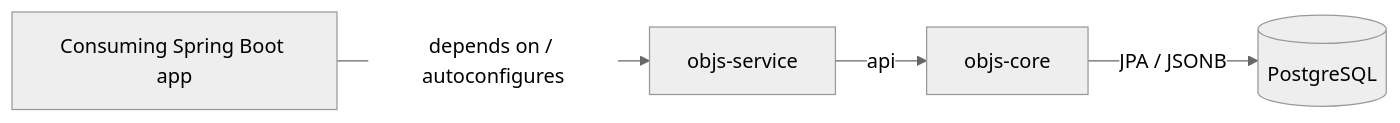
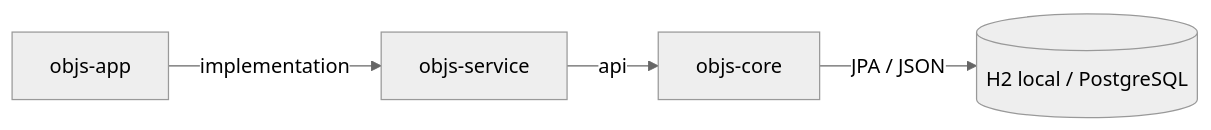
The diagram in docs/design/platform/overview.md (qpointz/objs), drawn with Mermaid (neutral theme) before and after one commit. The commit also changed other lines of this file and 11 other files, not shown here.

First line of the commit message:
[feat] Add objs-app runnable assembly module

````diff
--- a/docs/design/platform/overview.md
+++ b/docs/design/platform/overview.md
@@ -37,9 +37,9 @@
 ```mermaid
 flowchart LR
-  consumer[Consuming Spring Boot app]
+  app[objs-app]
   service[objs-service]
   core[objs-core]
-  consumer -->|"depends on / autoconfigures"| service
+  app -->|implementation| service
   service -->|api| core
-  core -->|JPA / JSONB| db[(PostgreSQL)]
+  core -->|JPA / JSON| db[(H2 local / PostgreSQL)]
 ```
````
